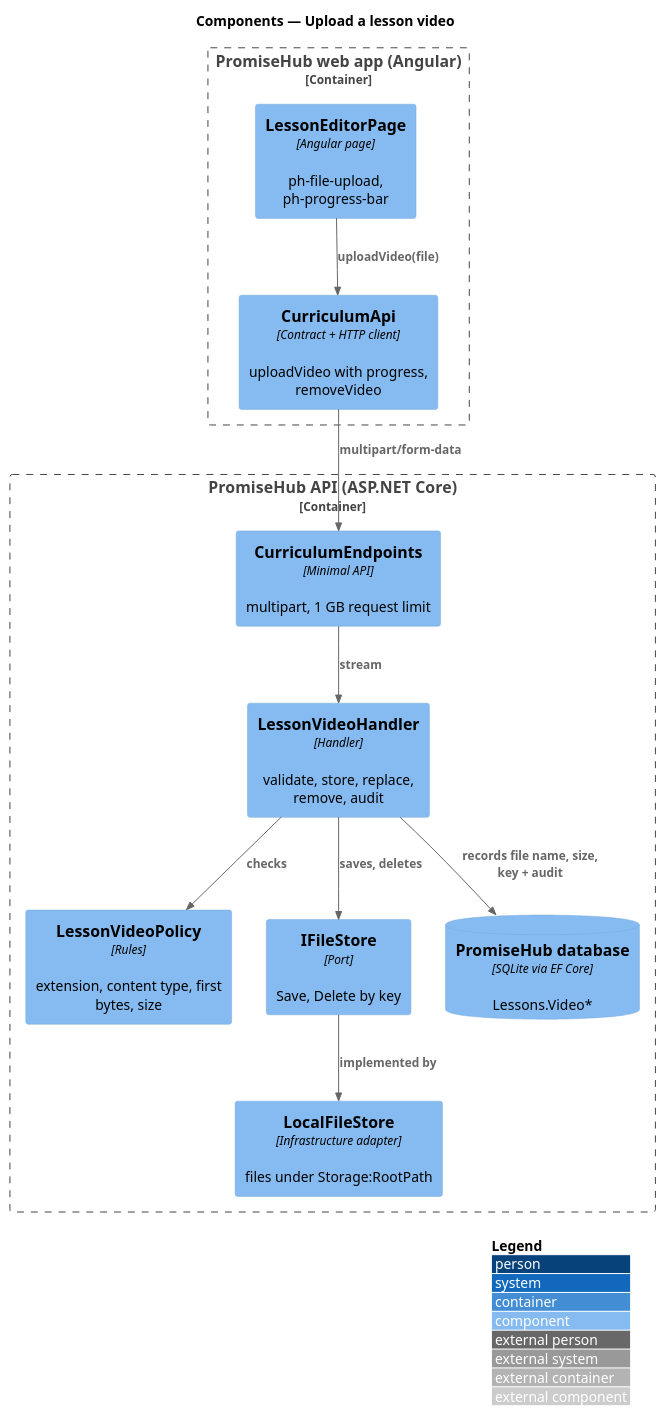
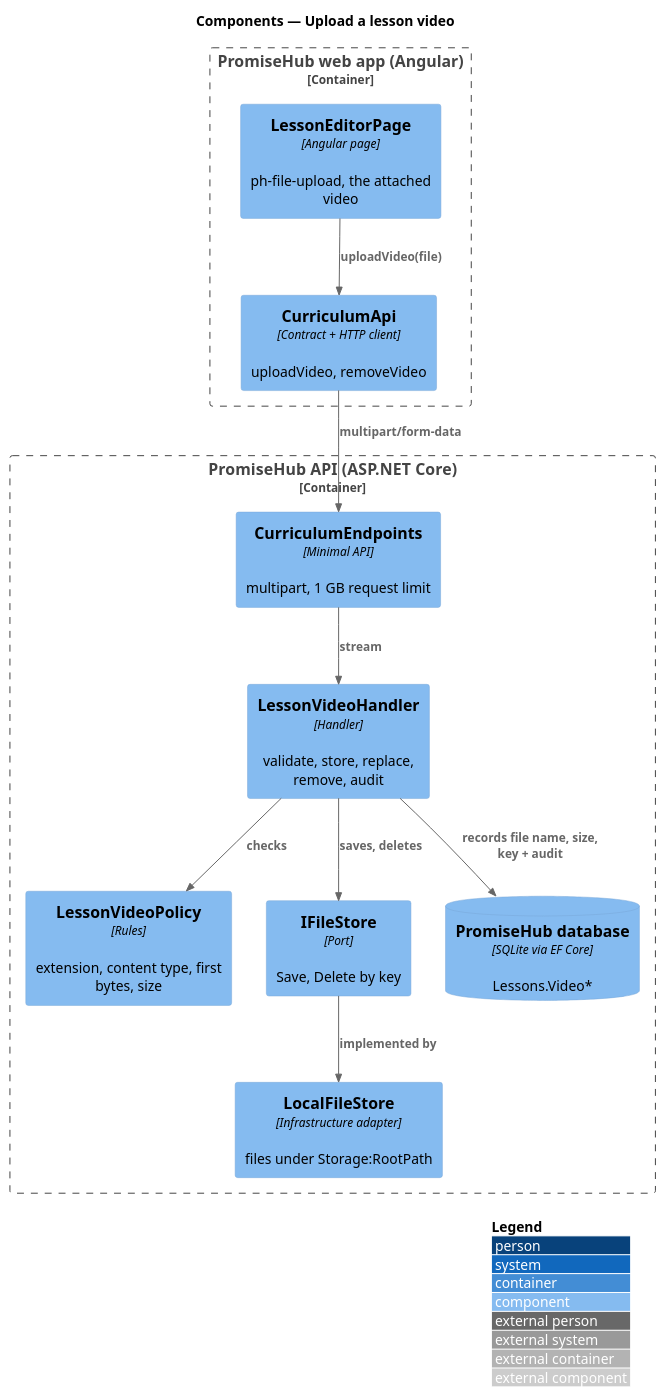
One commit to QuinntyneBrown/promise-hub changed the diagram in docs/detailed-designs/curriculum/upload-lesson-video/diagrams/c4-component.puml. Above: the diagram before and after it, drawn with PlantUML. The commit also changed 39 other files, not shown here.

```diff
--- a/docs/detailed-designs/curriculum/upload-lesson-video/diagrams/c4-component.puml
+++ b/docs/detailed-designs/curriculum/upload-lesson-video/diagrams/c4-component.puml
@@ -1,24 +1,24 @@
 @startuml
 !include <C4/C4_Component>
 LAYOUT_WITH_LEGEND()
 title Components — Upload a lesson video
 Container_Boundary(web, "PromiseHub web app (Angular)") {
-  Component(lesson, "LessonEditorPage", "Angular page", "ph-file-upload, ph-progress-bar")
-  Component(capi, "CurriculumApi", "Contract + HTTP client", "uploadVideo with progress, removeVideo")
+  Component(lesson, "LessonEditorPage", "Angular page", "ph-file-upload, the attached video")
+  Component(capi, "CurriculumApi", "Contract + HTTP client", "uploadVideo, removeVideo")
 }
 Container_Boundary(api, "PromiseHub API (ASP.NET Core)") {
   Component(ep, "CurriculumEndpoints", "Minimal API", "multipart, 1 GB request limit")
   Component(h, "LessonVideoHandler", "Handler", "validate, store, replace, remove, audit")
   Component(policy, "LessonVideoPolicy", "Rules", "extension, content type, first bytes, size")
   Component(store, "IFileStore", "Port", "Save, Delete by key")
   Component(local, "LocalFileStore", "Infrastructure adapter", "files under Storage:RootPath")
   ComponentDb(db, "PromiseHub database", "SQLite via EF Core", "Lessons.Video*")
 }
 Rel(lesson, capi, "uploadVideo(file)")
 Rel(capi, ep, "multipart/form-data")
 Rel(ep, h, "stream")
 Rel(h, policy, "checks")
 Rel(h, store, "saves, deletes")
 Rel(store, local, "implemented by")
 Rel(h, db, "records file name, size, key + audit")
 @enduml
```
